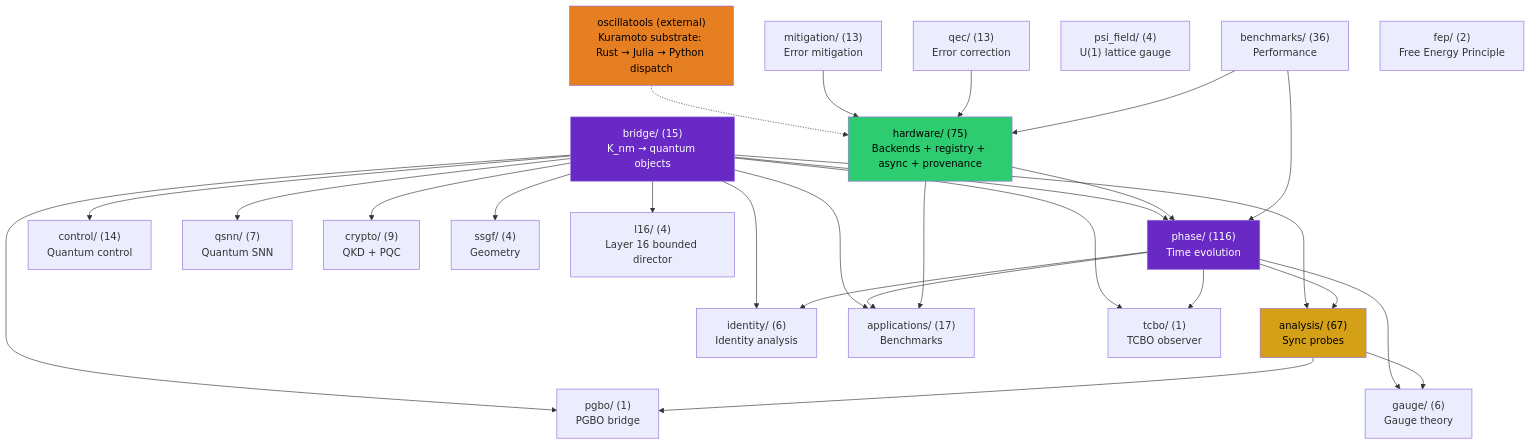
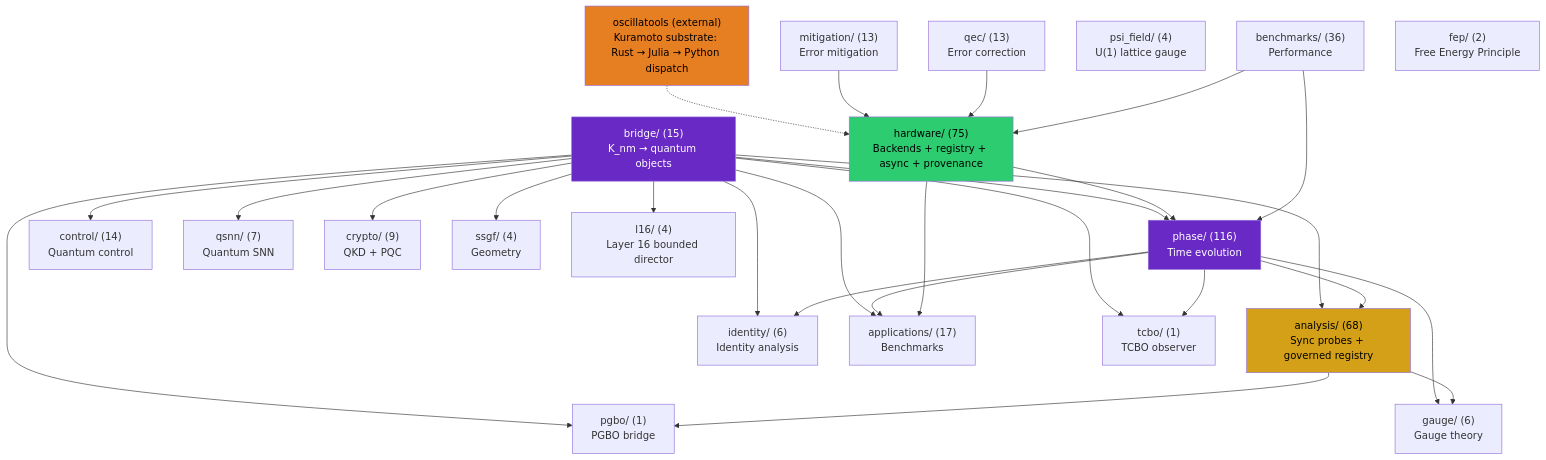
The first of 4 diagrams in docs/architecture.md (anulum/scpn-quantum-control), drawn with Mermaid before and after one commit. The commit also changed other lines of this file and 19 other files, not shown here.

````diff
--- a/docs/architecture.md
+++ b/docs/architecture.md
@@ -484,55 +484,55 @@
 ```mermaid
 graph TD
     bridge["bridge/ (15)\nK_nm → quantum objects"]
     phase["phase/ (116)\nTime evolution"]
-    analysis["analysis/ (67)\nSync probes"]
+    analysis["analysis/ (68)\nSync probes + governed registry"]
     control["control/ (14)\nQuantum control"]
     qsnn["qsnn/ (7)\nQuantum SNN"]
     identity["identity/ (6)\nIdentity analysis"]
     hardware["hardware/ (75)\nBackends + registry + async + provenance"]
     mitigation["mitigation/ (13)\nError mitigation"]
     qec["qec/ (13)\nError correction"]
     gauge["gauge/ (6)\nGauge theory"]
     apps["applications/ (17)\nBenchmarks"]
     crypto["crypto/ (9)\nQKD + PQC"]
     benchmarks["benchmarks/ (36)\nPerformance"]
     ssgf["ssgf/ (4)\nGeometry"]
     psi_field["psi_field/ (4)\nU(1) lattice gauge"]
     oscillatools["oscillatools (external)\nKuramoto substrate: Rust → Julia → Python dispatch"]
     fep["fep/ (2)\nFree Energy Principle"]
     tcbo["tcbo/ (1)\nTCBO observer"]
     pgbo["pgbo/ (1)\nPGBO bridge"]
     l16["l16/ (4)\nLayer 16 bounded director"]
 
     bridge --> phase
     bridge --> analysis
     bridge --> control
     bridge --> qsnn
     bridge --> identity
     bridge --> apps
     bridge --> crypto
     bridge --> ssgf
     phase --> analysis
     phase --> identity
     phase --> apps
     phase --> gauge
     analysis --> gauge
     hardware --> phase
     hardware --> apps
     oscillatools -.-> hardware
     mitigation --> hardware
     qec --> hardware
     benchmarks --> phase
     benchmarks --> hardware
     bridge --> tcbo
     bridge --> pgbo
     bridge --> l16
     phase --> tcbo
     analysis --> pgbo
 
     style bridge fill:#6929C4,color:#fff
     style analysis fill:#d4a017,color:#000
     style phase fill:#6929C4,color:#fff
     style hardware fill:#2ecc71,color:#000
     style oscillatools fill:#e67e22,color:#000
 ```
````
